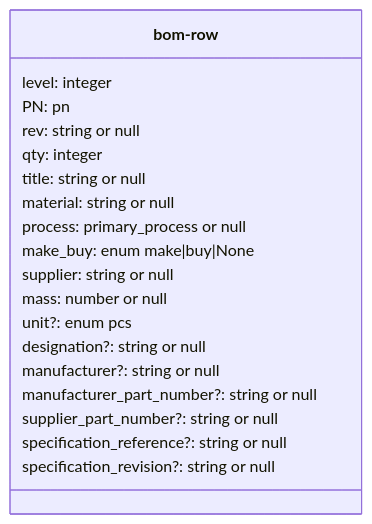
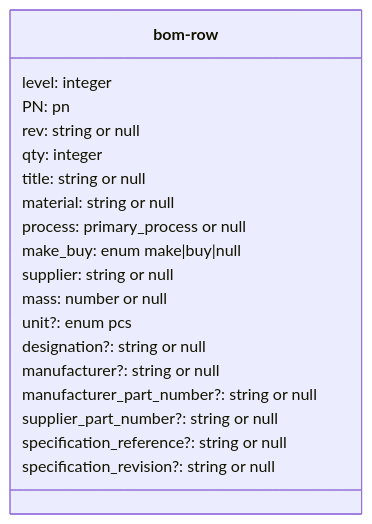
Before and after one commit to benchhand/benchhand-next: the sixth of 24 diagrams in docs/contract/generated/domain-model.md, drawn with Mermaid. The commit also changed other lines of this file and 3 other files, not shown here.

Commit message:
fix(contracts): keep nullability, typed map values, tuples and nested array bounds in the domain model, write literals as JSON, and count the overview's $refs from the schemas

````diff
--- a/docs/contract/generated/domain-model.md
+++ b/docs/contract/generated/domain-model.md
@@ -703,22 +709,22 @@
 ```mermaid
 classDiagram
     class record_bom_row["bom-row"] {
         level: integer
         PN: pn
         rev: string or null
         qty: integer
         title: string or null
         material: string or null
         process: primary_process or null
-        make_buy: enum make|buy|None
+        make_buy: enum make|buy|null
         supplier: string or null
         mass: number or null
         unit?: enum pcs
         designation?: string or null
         manufacturer?: string or null
         manufacturer_part_number?: string or null
         supplier_part_number?: string or null
         specification_reference?: string or null
         specification_revision?: string or null
     }
 ```
````
